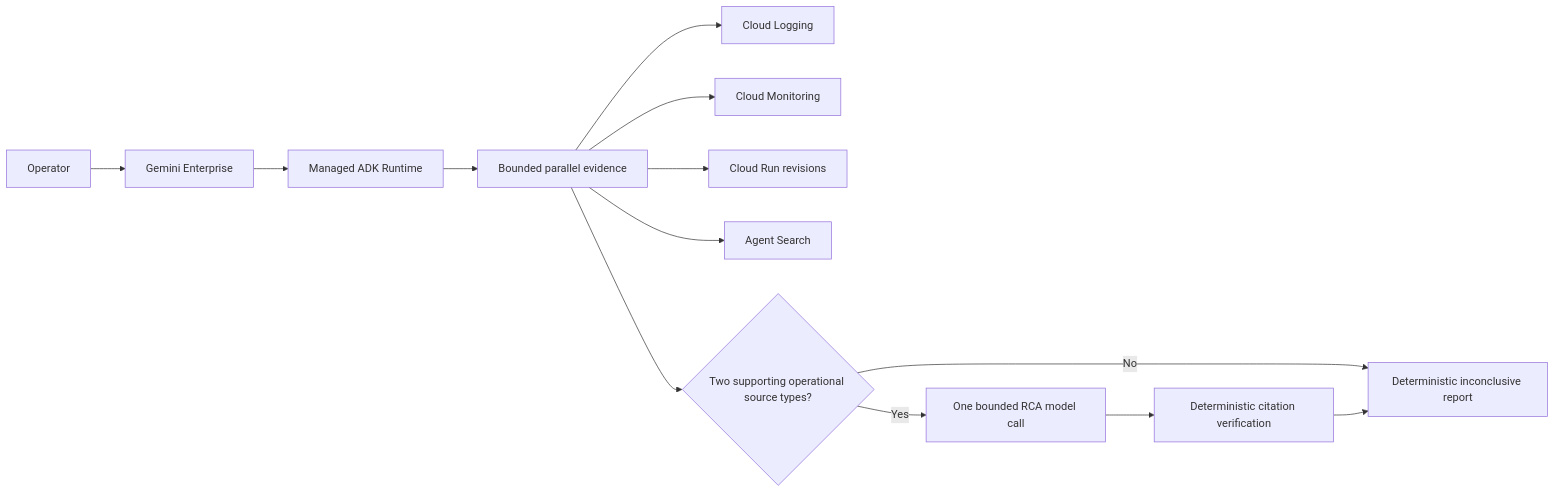
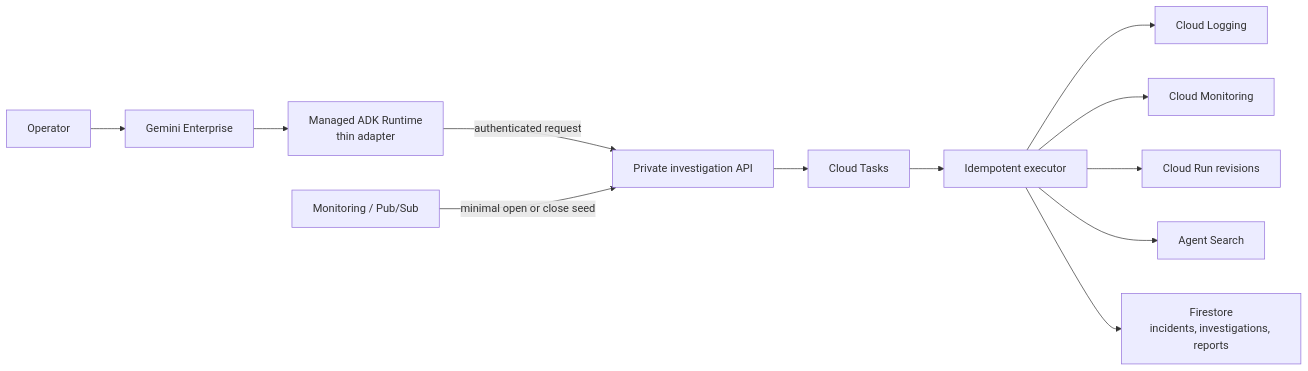
The first of 2 diagrams in docs/portfolio/architecture.md (rhdqngo/opspilot), drawn with Mermaid before and after one commit. The commit also changed other lines of this file and 54 other files, not shown here.

Commit message:
Finalize persistent investigation MVP and remove obsolete runtime paths

````diff
--- a/docs/portfolio/architecture.md
+++ b/docs/portfolio/architecture.md
@@ -7,15 +7,14 @@
 ```mermaid
 flowchart LR
     U["Operator"] --> GE["Gemini Enterprise"]
-    GE --> RT["Managed ADK Runtime"]
-    RT --> EC["Bounded parallel evidence"]
-    EC --> L["Cloud Logging"]
-    EC --> M["Cloud Monitoring"]
-    EC --> C["Cloud Run revisions"]
-    EC --> K["Agent Search"]
-    EC --> Q{"Two supporting operational source types?"}
-    Q -->|"Yes"| RCA["One bounded RCA model call"]
-    Q -->|"No"| DR["Deterministic inconclusive report"]
-    RCA --> V["Deterministic citation verification"]
-    V --> DR
+    GE --> RT["Managed ADK Runtime\nthin adapter"]
+    RT -->|"authenticated request"| API["Private investigation API"]
+    API --> T["Cloud Tasks"]
+    T --> EX["Idempotent executor"]
+    EX --> L["Cloud Logging"]
+    EX --> M["Cloud Monitoring"]
+    EX --> C["Cloud Run revisions"]
+    EX --> K["Agent Search"]
+    EX --> FS["Firestore\nincidents, investigations, reports"]
+    PS["Monitoring / Pub/Sub"] -->|"minimal open or close seed"| API
 ```
````
